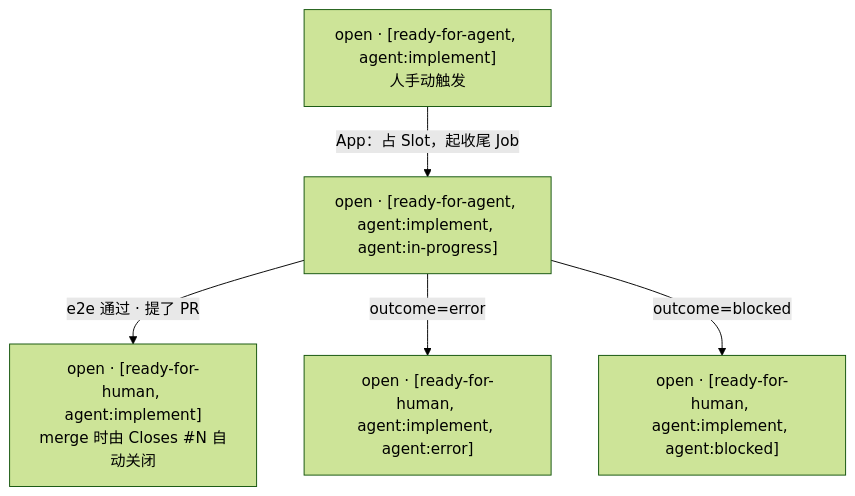
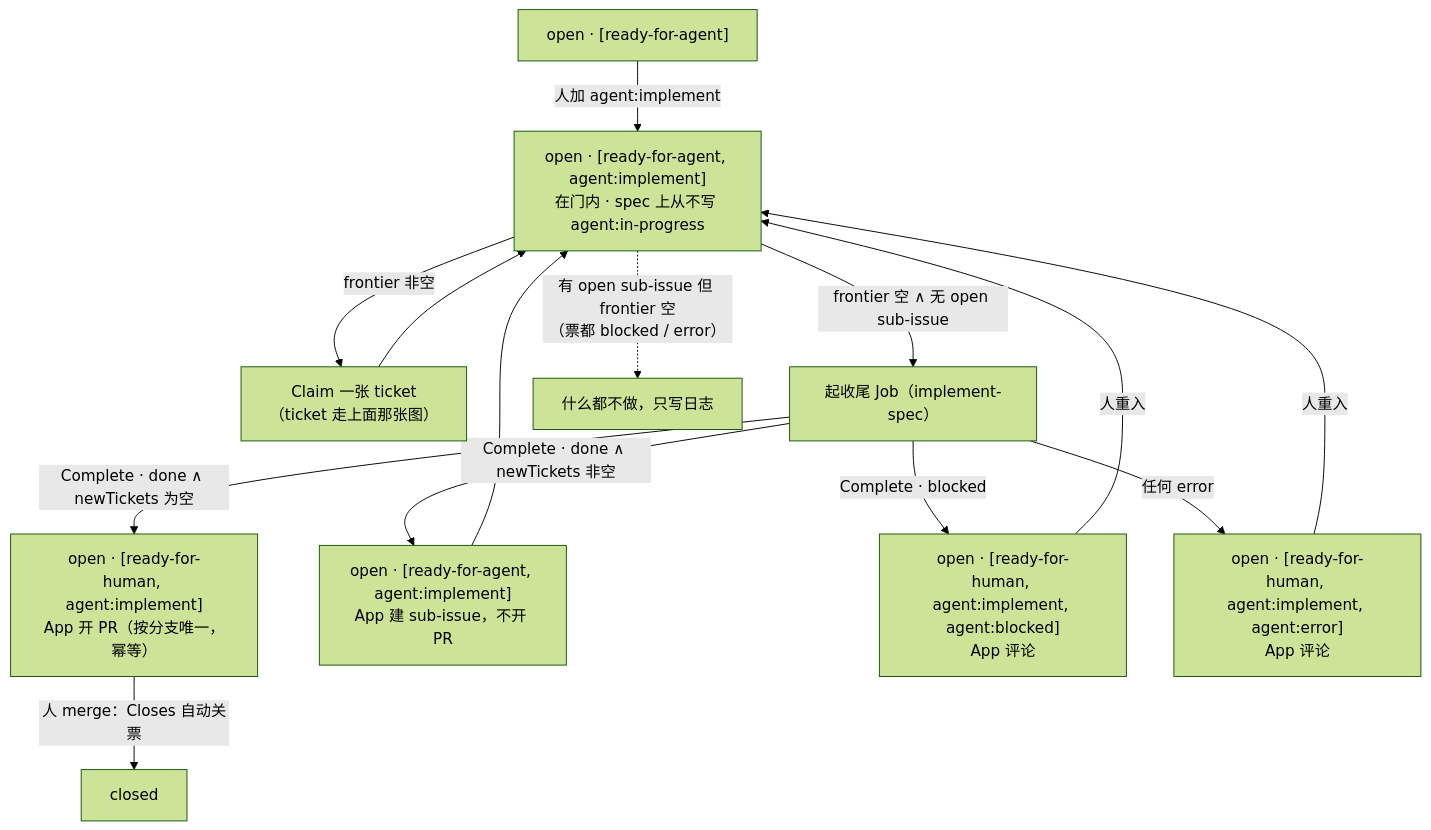
One commit to 2017fighting/remote-agent changed the fifth of 9 diagrams in docs/architecture.md. Above: the diagram before and after it, drawn with Mermaid (forest theme). The commit also changed other lines of this file and 2 other files, not shown here.

Commit message:
docs: rewrite the issue state machine around Job terminal states (#10)

````diff
--- a/docs/architecture.md
+++ b/docs/architecture.md
@@ -122,7 +201,16 @@
 ```mermaid
 flowchart TD
-    S2["open · [ready-for-agent, agent:implement]<br/>人手动触发"] -->|"App：占 Slot，起收尾 Job"| S3["open · [ready-for-agent, agent:implement, agent:in-progress]"]
-    S3 -->|"e2e 通过 · 提了 PR"| S4["open · [ready-for-human, agent:implement]<br/>merge 时由 Closes #N 自动关闭"]
-    S3 -->|"outcome=error"| S5["open · [ready-for-human, agent:implement, agent:error]"]
-    S3 -->|"outcome=blocked"| S6["open · [ready-for-human, agent:implement, agent:blocked]"]
+    S0["open · [ready-for-agent]"] -->|"人加 agent:implement"| S1["open · [ready-for-agent, agent:implement]<br/>在门内 · spec 上从不写 agent:in-progress"]
+    S1 -->|"frontier 非空"| Claim["Claim 一张 ticket<br/>（ticket 走上面那张图）"]
+    Claim --> S1
+    S1 -->|"frontier 空 ∧ 无 open sub-issue"| S2["起收尾 Job（implement-spec）"]
+    S1 -.->|"有 open sub-issue 但 frontier 空<br/>（票都 blocked / error）"| Idle["什么都不做，只写日志"]
+    S2 -->|"Complete · done ∧ newTickets 为空"| S3["open · [ready-for-human, agent:implement]<br/>App 开 PR（按分支唯一，幂等）"]
+    S2 -->|"Complete · done ∧ newTickets 非空"| S3N["open · [ready-for-agent, agent:implement]<br/>App 建 sub-issue，不开 PR"]
+    S3N --> S1
+    S2 -->|"Complete · blocked"| S4["open · [ready-for-human, agent:implement, agent:blocked]<br/>App 评论"]
+    S2 -->|"任何 error"| S5["open · [ready-for-human, agent:implement, agent:error]<br/>App 评论"]
+    S3 -->|"人 merge：Closes 自动关票"| Done["closed"]
+    S4 -->|"人重入"| S1
+    S5 -->|"人重入"| S1
 ```
````
